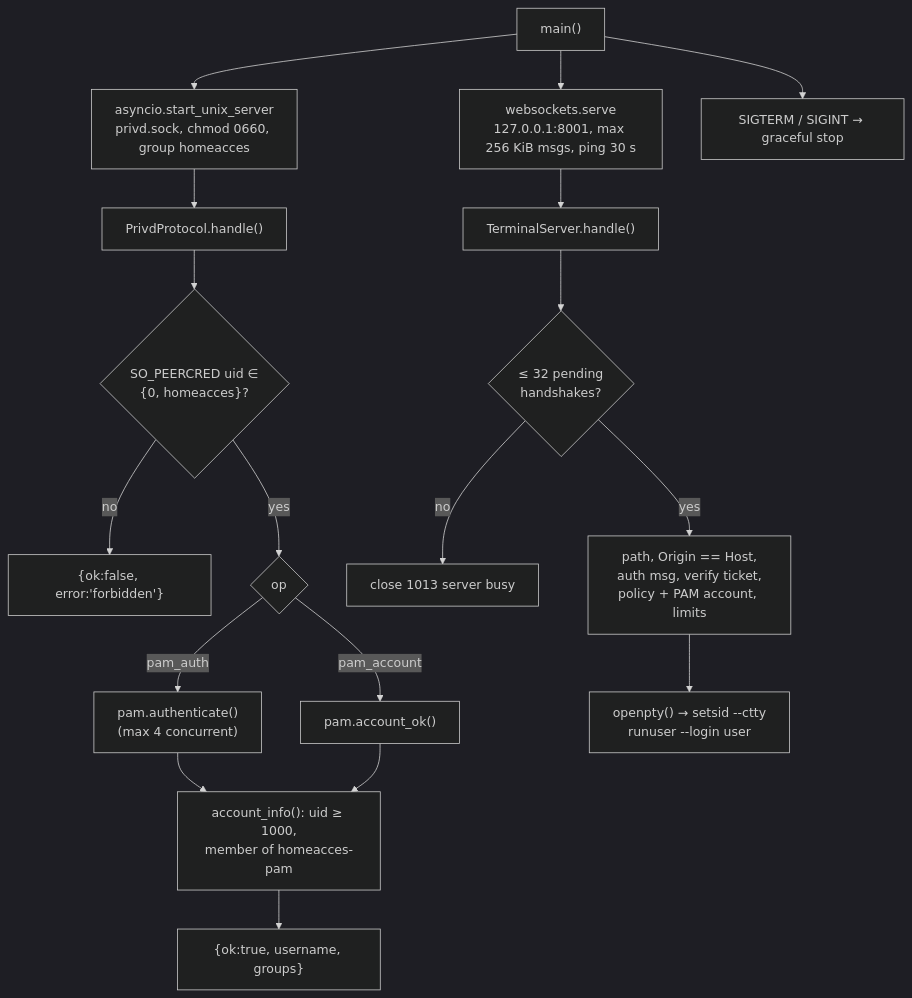
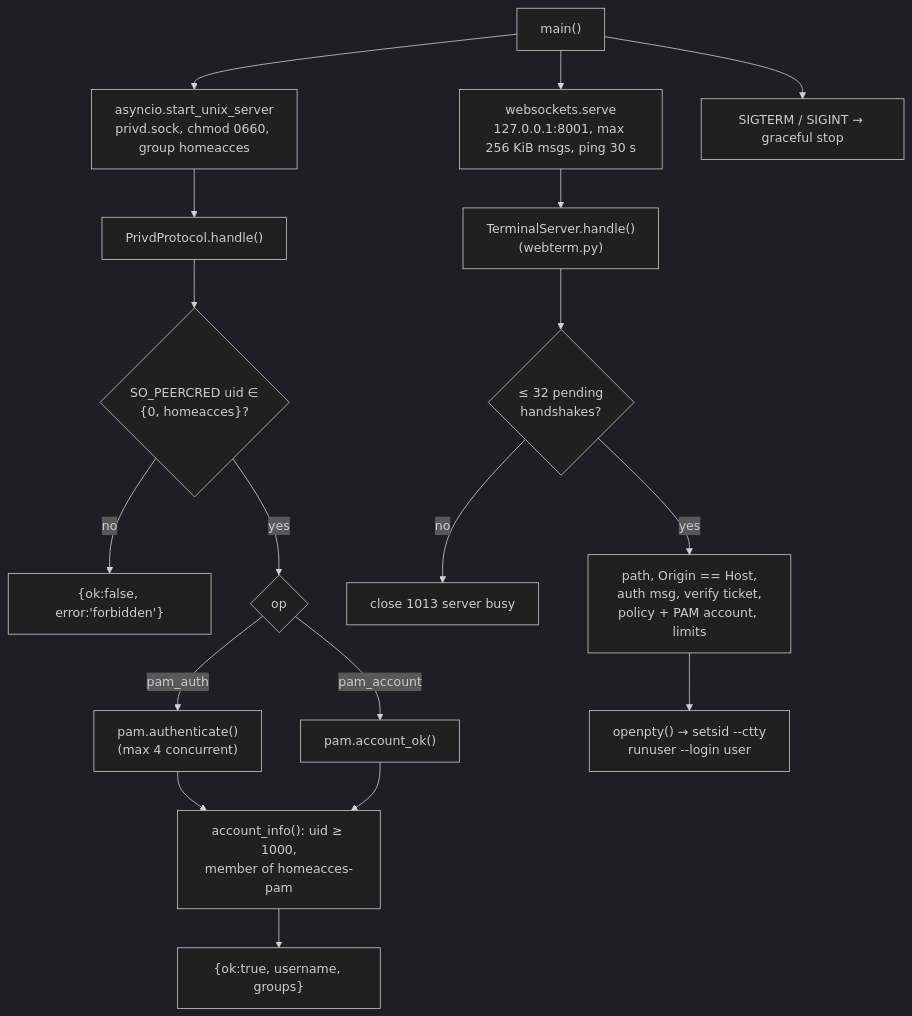
Before and after one commit to juanecito/Home_Access_Web: the seventh of 9 diagrams in doc/02-backend.md, drawn with Mermaid (dark theme). The commit also changed other lines of this file and 40 other files, not shown here.

````diff
--- a/doc/02-backend.md
+++ b/doc/02-backend.md
@@ -334,21 +375,21 @@
 ```mermaid
 flowchart TB
     M["main()"] --> U["asyncio.start_unix_server<br/>privd.sock, chmod 0660, group homeacces"]
     M --> W["websockets.serve<br/>127.0.0.1:8001, max 256 KiB msgs, ping 30 s"]
     M --> SIG["SIGTERM / SIGINT → graceful stop"]
 
     U --> PP["PrivdProtocol.handle()"]
     PP --> PC{"SO_PEERCRED uid ∈<br/>{0, homeacces}?"}
     PC -- no --> FB["{ok:false, error:'forbidden'}"]
     PC -- yes --> OP{"op"}
     OP -- pam_auth --> PA["pam.authenticate()<br/>(max 4 concurrent)"]
     OP -- pam_account --> PAC["pam.account_ok()"]
     PA & PAC --> POL["account_info(): uid ≥ 1000,<br/>member of homeacces-pam"]
     POL --> OK["{ok:true, username, groups}"]
 
-    W --> TS["TerminalServer.handle()"]
+    W --> TS["TerminalServer.handle()<br/>(webterm.py)"]
     TS --> PEND{"≤ 32 pending<br/>handshakes?"}
     PEND -- no --> BUSY["close 1013 server busy"]
     PEND -- yes --> CHK["path, Origin == Host,<br/>auth msg, verify ticket,<br/>policy + PAM account, limits"]
     CHK --> RUN["openpty() → setsid --ctty<br/>runuser --login user"]
 ```
````
